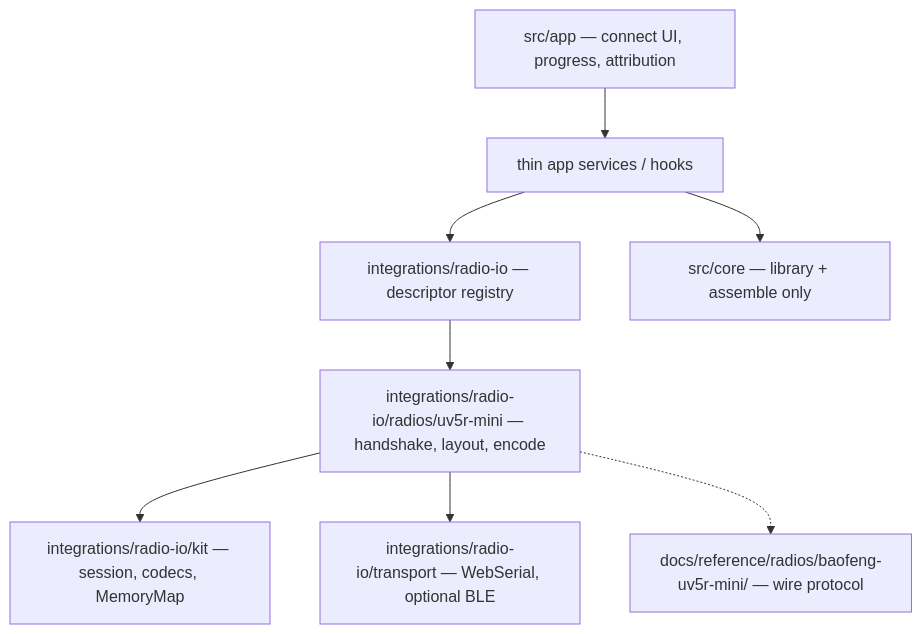
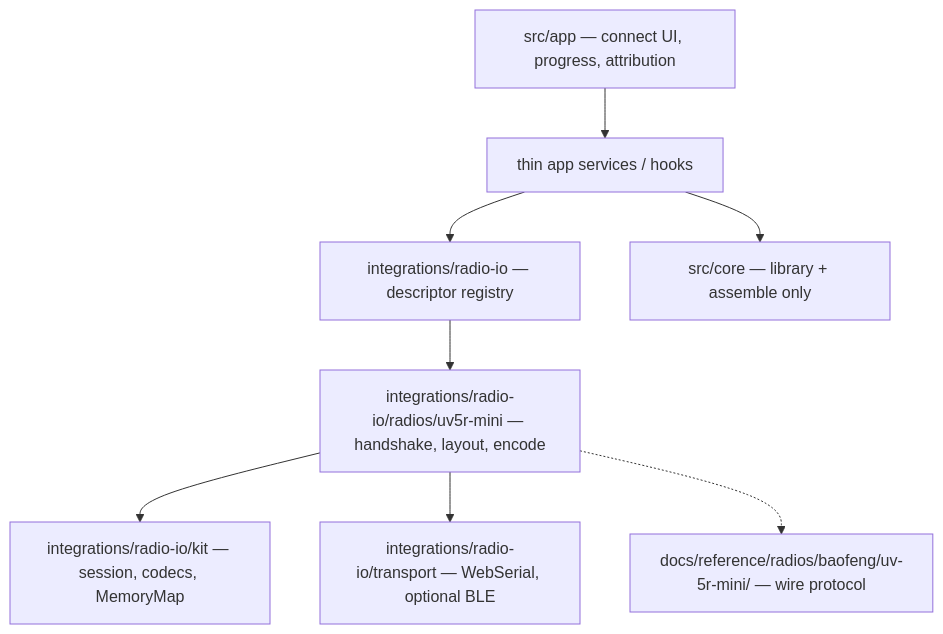
The diagram in docs/features/radio-read-write/protocol-kit-architecture.md (pskillen/codeplug-studio), drawn with Mermaid before and after one commit. The commit also changed other lines of this file and 12 other files, not shown here.

First line of the commit message:
docs(reference): extract baofeng/uv-5r-mini radio home

````diff
--- a/docs/features/radio-read-write/protocol-kit-architecture.md
+++ b/docs/features/radio-read-write/protocol-kit-architecture.md
@@ -19,18 +19,18 @@
 ```mermaid
 flowchart TB
   appUI["src/app — connect UI, progress, attribution"]
   svc["thin app services / hooks"]
   registry["integrations/radio-io — descriptor registry"]
   kit["integrations/radio-io/kit — session, codecs, MemoryMap"]
   transport["integrations/radio-io/transport — WebSerial, optional BLE"]
   radios["integrations/radio-io/radios/uv5r-mini — handshake, layout, encode"]
   coreLib["src/core — library + assemble only"]
-  tier3["docs/reference/radios/baofeng-uv5r-mini/ — wire protocol"]
+  tier3["docs/reference/radios/baofeng/uv-5r-mini/ — wire protocol"]
 
   appUI --> svc --> registry
   registry --> radios
   radios --> kit
   radios --> transport
   svc --> coreLib
   radios -.-> tier3
 ```
````
